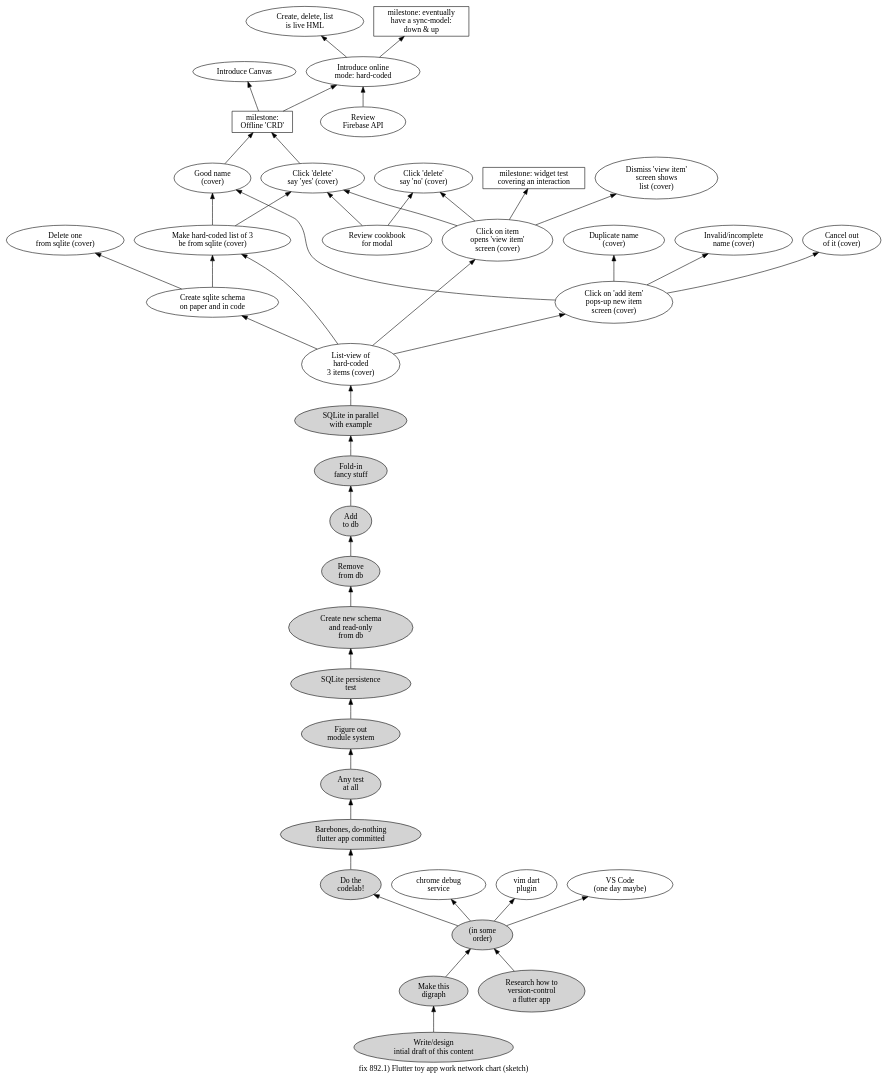
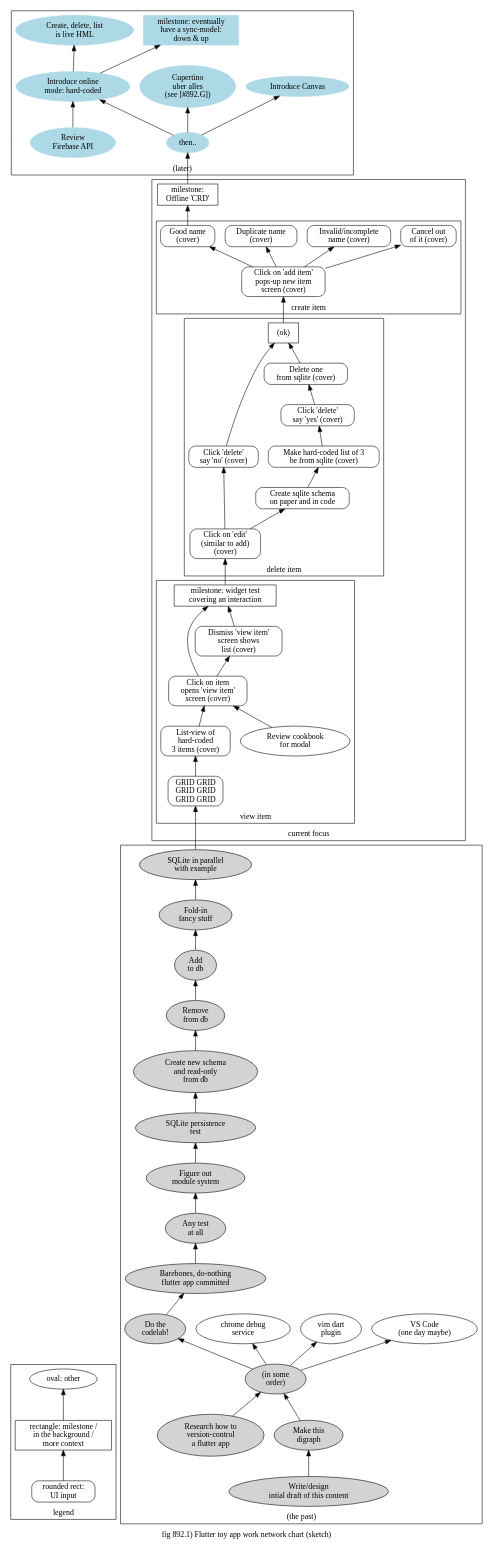
The diagram in STM-doc/892.1.work-network-chart.dot (hipe/tmx), drawn with Graphviz before and after one commit.

Commit message:
doc(STM): Restructure and add depth to network chart

```diff
--- a/STM-doc/892.1.work-network-chart.dot
+++ b/STM-doc/892.1.work-network-chart.dot
@@ -1,105 +1,198 @@
 digraph g {
-label="fix 892.1) Flutter toy app work network chart (sketch)"
+label="fig 892.1) Flutter toy app work network chart (sketch)"
 
 /*
 Note: at writing, this graph exists "in parallel" as a hand-written
 table in our notebook, roughly following a PERT-chart structure.
 
 (We switched from analog to digital for this one part of it because we
 did not want to attempt this visualization by hand!)
 
 The node identifiers are allocated "by hand" pseudo-randomly. As such, the
 identifiers (and especially their relative "size") are meaningless. (We *did*
 step over some allocations that could be confusing, like "QA" and "UX".)
 
 The order of the nodes in this file corresponds to the order we wrote
 the nodes in our notebook, which was from the bottom of the page upwards
 in the order in which we thought of them.
 */
 
 rankdir="BT"
-_HX [label="milestone:\nOffline 'CRD'" shape=rect]
+
+/* BEGIN putting cluster "declarations" and their labels at top
+so they don't keep moving with the content */
+
+subgraph cluster_C11 {
+  label="legend"
+}
+subgraph cluster_C44 {
+  label="(later)"
+  node [style=filled color=lightblue]
+}
+subgraph cluster_C33 {
+  label="current focus"
+  node [shape=rect style=rounded]
+
+  subgraph cluster_C33_333 {
+    label="create item"
+  }
+  subgraph cluster_C33_222 {
+    label="delete item"
+  }
+  subgraph cluster_C33_111 {
+    label="view item"
+  }
+}
+subgraph cluster_C22 {
+  label="(the past)"
+}
+/* END */
+
+
+subgraph cluster_C11 {
+_X14 [label="oval: other"]
+_X13 [label="rectangle: milestone /\nin the background /\nmore context" shape=rect]
+_X12 [label="rounded rect:\nUI input" shape=rect style=rounded]
+_X12->_X13->_X14
+}
+
+subgraph cluster_C44 {
+_4A [label="Cupertino\nuber alles\n(see [#892.G])"]
+_X22->_4A
+}
+
+subgraph cluster_C33 {
+_HX [label="milestone:\nOffline 'CRD'" shape=rect style=""]
 _AA->_HX
-_7A->_HX
+}
+
+subgraph cluster_C22 {
 _SN [label="Make this\ndigraph" style=filled]
 _4G->_SN
+}
+
+subgraph cluster_C44 {
 _TU [label="Introduce Canvas"]
-_HX->_TU
+_X22->_TU
+_X22 [label="then.."]
+}
+
+_HX->_X22
+
+subgraph cluster_C22 {
 _4G [label="Write/design\nintial draft of this content" style=filled]
+}
+
+subgraph cluster_C44 {
 _8K [label="Create, delete, list\nis live HML"]
 _WG->_8K
 _QD [label="Review\nFirebase API"]
 _WG [label="Introduce online\nmode: hard-coded"]
-_HX->_WG
+_X22->_WG
 _QD->_WG
+}
+
+subgraph cluster_C33 {
+subgraph cluster_C33_333 {
 _AA [label="Good name\n(cover)"]
-_QU->_AA
 _6G->_AA
 _KG [label="Duplicate name\n(cover)"]
 _6G->_KG
 _7X [label="Invalid/incomplete\nname (cover)"]
 _6G->_7X
 _LA [label="Cancel out\nof it (cover)"]
 _6G->_LA
 _6G [label="Click on 'add item'\npops-up new item\nscreen (cover)"]
-_YU->_6G
-_TA [label="Review cookbook\nfor modal"]
+}
+
+_X32->_6G
+
+subgraph cluster_C33_111 {
+_TA [label="Review cookbook\nfor modal" shape=oval]
+}
+
+subgraph cluster_C33_222 {
+_X32 [label="(ok)" style=""]
+_UK->_X32
+_LH->_X32
 _LH [label="Click 'delete'\nsay 'no' (cover)"]
-_TA->_LH
-_2N->_LH
+_X15->_LH
 _7A [label="Click 'delete'\nsay 'yes' (cover)"]
 _QU->_7A
-_TA->_7A
-_2N->_7A
+_X15 [label="Click on 'edit'\n(similar to add)\n(cover)"]
+}
+
+_GN->_X15
+
+subgraph cluster_C33_111 {
 _LU [label="Dismiss 'view item'\nscreen shows\nlist (cover)"]
 _2N->_LU
 _2N [label="Click on item\nopens 'view item'\nscreen (cover)"]
 _YU->_2N
+_TA->_2N
+}
+
+subgraph cluster_C33_222 {
 _UK [label="Delete one\nfrom sqlite (cover)"]
-_DR->_UK
+_7A->_UK
 _QU [label="Make hard-coded list of 3\nbe from sqlite (cover)"]
 _DR->_QU
-_YU->_QU
 _DR [label="Create sqlite schema\non paper and in code"]
-_YU->_DR
-_GN [label="milestone: widget test\ncovering an interaction" shape=rect]
+_X15->_DR
+}
+
+subgraph cluster_C33_111 {
+_GN [label="milestone: widget test\ncovering an interaction" shape=rect style=""]
 _2N->_GN
+_LU->_GN
 _YU [label="List-view of\nhard-coded\n3 items (cover)"]
-_PN->_YU
+_MR->_YU
+_MR [label="GRID GRID\nGRID GRID\nGRID GRID"]
+}
+}
+
+_PN->_MR
+
+subgraph cluster_C44 {
 _9B [label="milestone: eventually\nhave a sync-model:\ndown & up" shape=rect]
 _WG->_9B
+}
+
+subgraph cluster_C22 {
 _UG [label="Figure out\nmodule system" style=filled]
 _EK->_UG
 _EK [label="Any test\nat all" style=filled]
 _AX->_EK
 _PN [label="SQLite in parallel\nwith example" style=filled]
 _RN->_PN
 _RN [label="Fold-in\nfancy stuff" style=filled]
 _QR->_RN
 _QR [label="Add\nto db" style=filled]
 _VG->_QR
 _VG [label="Remove\nfrom db" style=filled]
 _JK->_VG
 _JK [label="Create new schema\nand read-only\nfrom db" style=filled]
 _KR->_JK
 _KR [label="SQLite persistence\ntest" style=filled]
 _UG->_KR
 _AX [label="Barebones, do-nothing\nflutter app committed" style=filled]
 _BR->_AX
 _BR [label="Do the\ncodelab!" style=filled]
 _SG [label="chrome debug\nservice"]
 _CX [label="vim dart\nplugin"]
 _3G [label="VS Code\n(one day maybe)"]
 _01 [label="(in some\norder)" style=filled]
 _01->_3G
 _01->_BR
 _01->_CX
 _01->_SG
 _QN->_01
 _SN->_01
 _QN [label="Research how to\nversion-control\na flutter app" style=filled]
 }
+}
 
 /*
+# #history-A.1: add many subgraphs
 # #born
 */
```
